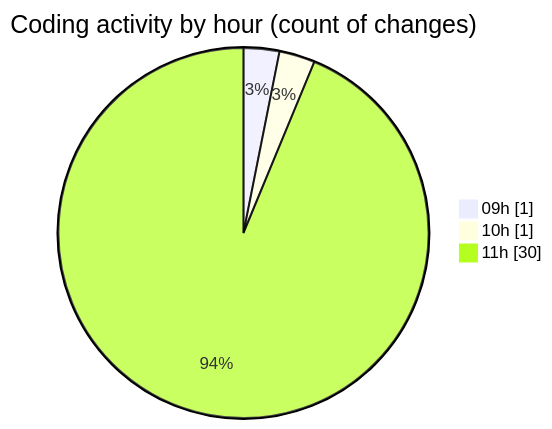
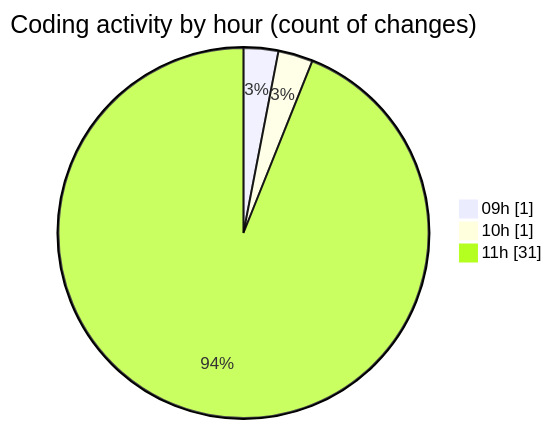
Before and after one commit to momahboobian/code-tracking: the second of 2 diagrams in 2026-01-28/cda/README.md, drawn with Mermaid. The commit also changed other lines of this file and 1 other file, not shown here.

````diff
--- a/2026-01-28/cda/README.md
+++ b/2026-01-28/cda/README.md
@@ -33,7 +33,7 @@
 ```mermaid
 pie showData
 title Coding activity by hour (count of changes)
 "09h" : 1
 "10h" : 1
-"11h" : 30
+"11h" : 31
 ```
````
